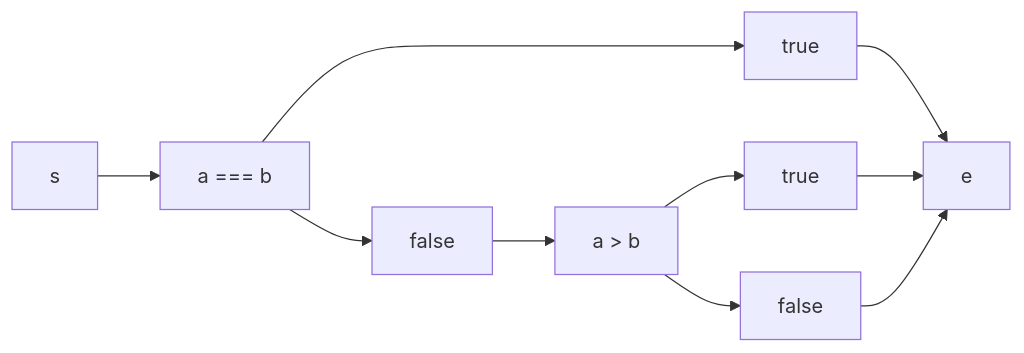
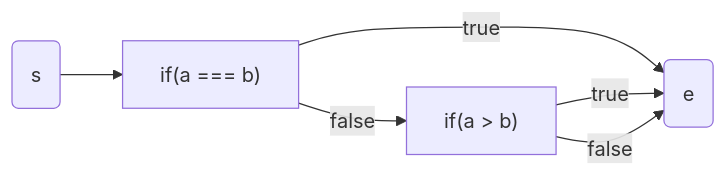
Before and after one commit to stereobooster/test-coverage-calculation: the fifth of 5 diagrams in README.md, drawn with Mermaid. The commit also changed other lines of this file, not shown here.

Commit message:
update diagrams

````diff
--- a/README.md
+++ b/README.md
@@ -217,10 +215,8 @@
 ```mermaid
 flowchart LR
-  s --> if1["a === b"]
-  if1 --> t1["true"] --> e
-  if1 --> f1["false"] --> if2
-  if2["a > b"] --> t2["true"]
-  if2 --> f2["false"]
-  t2 --> e
-  f2 --> e
+  s(s) --> if1["if(a === b)"]
+  if1 -- true --> e
+  if1 -- false --> if2
+  if2["if(a > b)"] -- true --> e
+  if2 -- false --> e(e)
 ```
````
